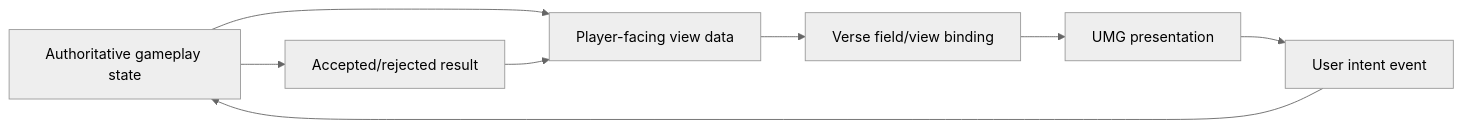
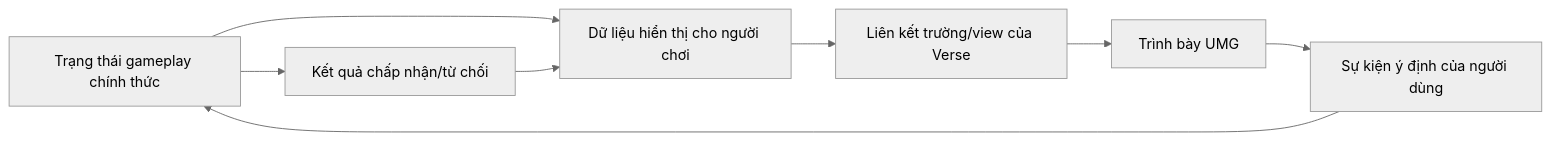
One commit to SlimeVRX/Paldark-Docs changed the sixth of 8 diagrams in V5/09-uefn-architecture-and-paldarkv5.md. Above: the diagram before and after it, drawn with Mermaid (neutral theme). The commit also changed other lines of this file, not shown here.

Commit message:
docs: simplify UEFN architecture chapter

````diff
--- a/V5/09-uefn-architecture-and-paldarkv5.md
+++ b/V5/09-uefn-architecture-and-paldarkv5.md
@@ -1018,10 +968,10 @@
-~~~mermaid
+```mermaid
 flowchart LR
-    Runtime[Authoritative gameplay state] --> VM[Player-facing view data]
-    VM --> Bind[Verse field/view binding]
-    Bind --> UMG[UMG presentation]
-    UMG --> Intent[User intent event]
+    Runtime[Trạng thái gameplay chính thức] --> VM[Dữ liệu hiển thị cho người chơi]
+    VM --> Bind[Liên kết trường/view của Verse]
+    Bind --> UMG[Trình bày UMG]
+    UMG --> Intent[Sự kiện ý định của người dùng]
     Intent --> Runtime
-    Runtime --> Result[Accepted/rejected result]
+    Runtime --> Result[Kết quả chấp nhận/từ chối]
     Result --> VM
-~~~
+```
````
